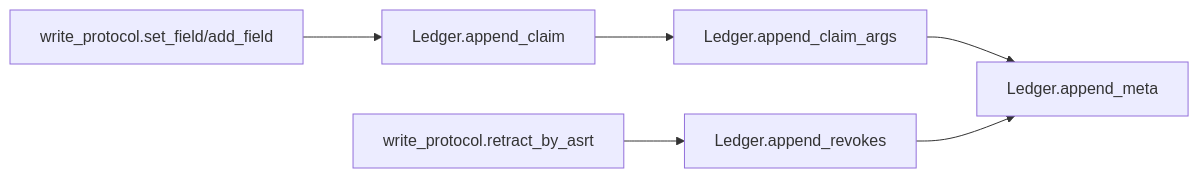
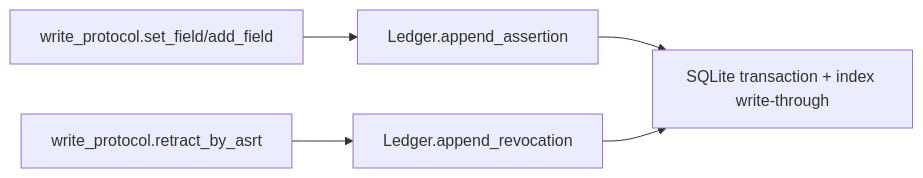
The first of 4 diagrams in src/factpy_kernel/core/docs/01_architecture.md (Symbolic-Intelligence-Org/factgraph), drawn with Mermaid before and after one commit. The commit also changed other lines of this file and 72 other files, not shown here.

````diff
--- a/src/factpy_kernel/core/docs/01_architecture.md
+++ b/src/factpy_kernel/core/docs/01_architecture.md
@@ -110,8 +119,7 @@
 ```mermaid
 flowchart LR
-  A["write_protocol.set_field/add_field"] --> B["Ledger.append_claim"]
-  B --> C["Ledger.append_claim_args"]
-  C --> D["Ledger.append_meta"]
-  E["write_protocol.retract_by_asrt"] --> F["Ledger.append_revokes"]
-  F --> D
+  A["write_protocol.set_field/add_field"] --> B["Ledger.append_assertion"]
+  B --> C["SQLite transaction + index write-through"]
+  D["write_protocol.retract_by_asrt"] --> E["Ledger.append_revocation"]
+  E --> C
 ```
````
